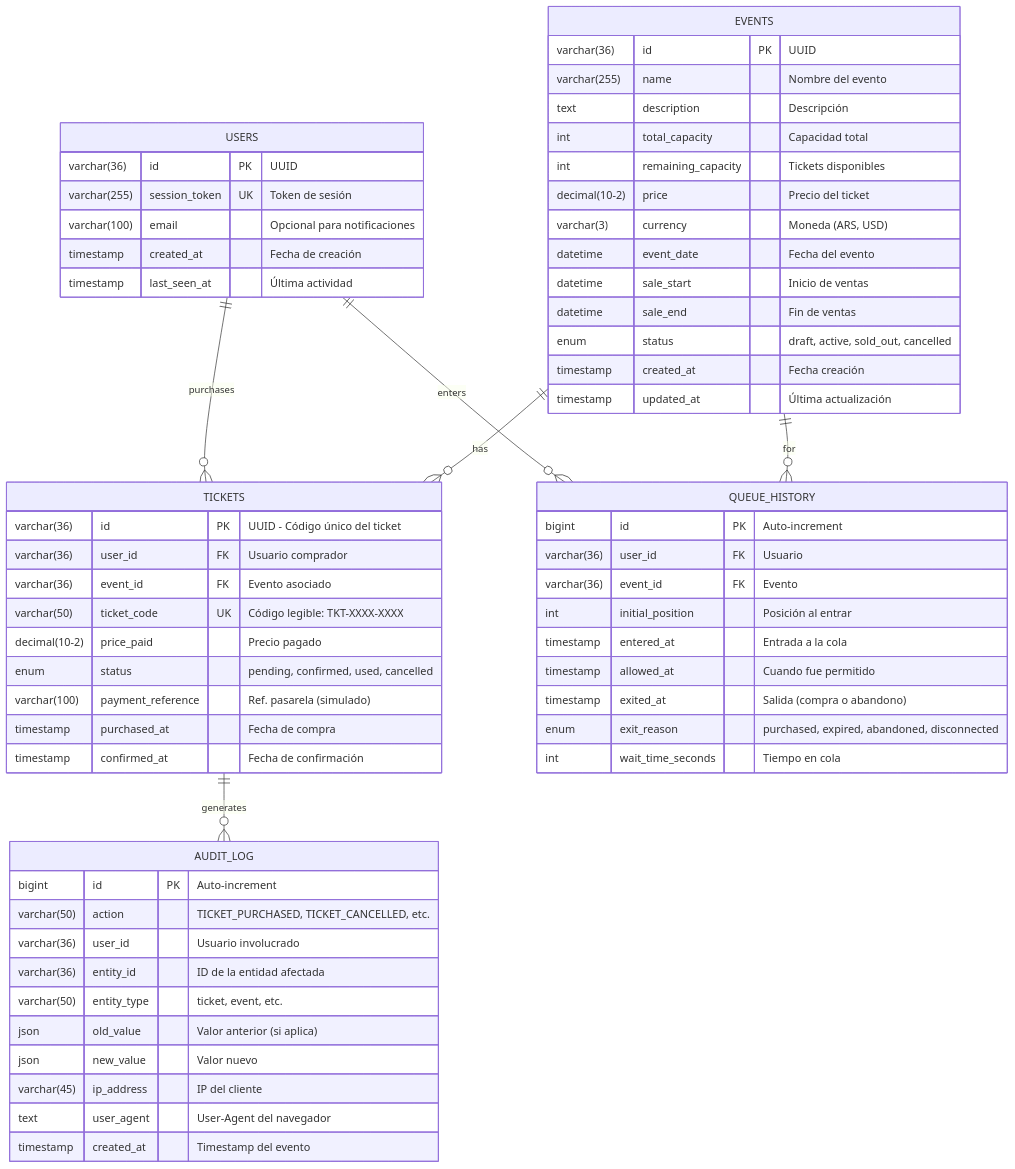
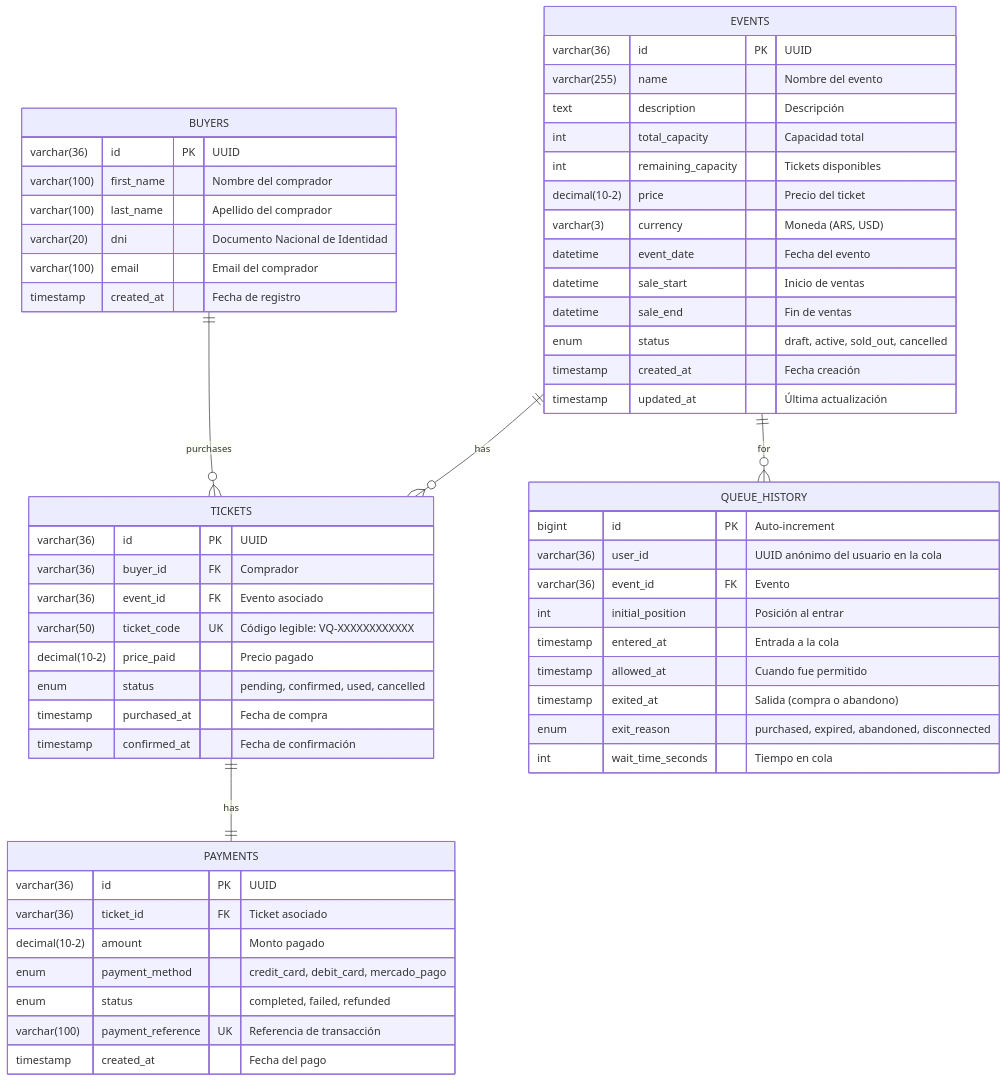
One commit to paumf23/TicketStream_Fila-Virtual changed the diagram in docs/diagrams/er-database.md. Above: the diagram before and after it, drawn with Mermaid. The commit also changed other lines of this file and 53 other files, not shown here.

````diff
--- a/docs/diagrams/er-database.md
+++ b/docs/diagrams/er-database.md
@@ -10,69 +10,66 @@
 ```mermaid
 erDiagram
-    USERS ||--o{ TICKETS : purchases
-    USERS ||--o{ QUEUE_HISTORY : enters
+    BUYERS ||--o{ TICKETS : purchases
     EVENTS ||--o{ TICKETS : has
     EVENTS ||--o{ QUEUE_HISTORY : for
-    TICKETS ||--o{ AUDIT_LOG : generates
-    
-    USERS {
+    TICKETS ||--|| PAYMENTS : has
+
+    BUYERS {
         varchar(36) id PK "UUID"
-        varchar(255) session_token UK "Token de sesión"
-        varchar(100) email "Opcional para notificaciones"
-        timestamp created_at "Fecha de creación"
-        timestamp last_seen_at "Última actividad"
+        varchar(100) first_name "Nombre del comprador"
+        varchar(100) last_name "Apellido del comprador"
+        varchar(20) dni "Documento Nacional de Identidad"
+        varchar(100) email "Email del comprador"
+        timestamp created_at "Fecha de registro"
     }
     
     EVENTS {
         varchar(36) id PK "UUID"
         varchar(255) name "Nombre del evento"
         text description "Descripción"
         int total_capacity "Capacidad total"
         int remaining_capacity "Tickets disponibles"
         decimal(10-2) price "Precio del ticket"
         varchar(3) currency "Moneda (ARS, USD)"
         datetime event_date "Fecha del evento"
         datetime sale_start "Inicio de ventas"
         datetime sale_end "Fin de ventas"
         enum status "draft, active, sold_out, cancelled"
         timestamp created_at "Fecha creación"
         timestamp updated_at "Última actualización"
     }
     
     TICKETS {
-        varchar(36) id PK "UUID - Código único del ticket"
-        varchar(36) user_id FK "Usuario comprador"
+        varchar(36) id PK "UUID"
+        varchar(36) buyer_id FK "Comprador"
         varchar(36) event_id FK "Evento asociado"
-        varchar(50) ticket_code UK "Código legible: TKT-XXXX-XXXX"
+        varchar(50) ticket_code UK "Código legible: VQ-XXXXXXXXXXXX"
         decimal(10-2) price_paid "Precio pagado"
         enum status "pending, confirmed, used, cancelled"
-        varchar(100) payment_reference "Ref. pasarela (simulado)"
         timestamp purchased_at "Fecha de compra"
         timestamp confirmed_at "Fecha de confirmación"
+    }
+
+    PAYMENTS {
+        varchar(36) id PK "UUID"
+        varchar(36) ticket_id FK "Ticket asociado"
+        decimal(10-2) amount "Monto pagado"
+        enum payment_method "credit_card, debit_card, mercado_pago"
+        enum status "completed, failed, refunded"
+        varchar(100) payment_reference UK "Referencia de transacción"
+        timestamp created_at "Fecha del pago"
     }
     
     QUEUE_HISTORY {
         bigint id PK "Auto-increment"
-        varchar(36) user_id FK "Usuario"
+        varchar(36) user_id "UUID anónimo del usuario en la cola"
         varchar(36) event_id FK "Evento"
         int initial_position "Posición al entrar"
         timestamp entered_at "Entrada a la cola"
         timestamp allowed_at "Cuando fue permitido"
         timestamp exited_at "Salida (compra o abandono)"
         enum exit_reason "purchased, expired, abandoned, disconnected"
         int wait_time_seconds "Tiempo en cola"
     }
     
-    AUDIT_LOG {
-        bigint id PK "Auto-increment"
-        varchar(50) action "TICKET_PURCHASED, TICKET_CANCELLED, etc."
-        varchar(36) user_id "Usuario involucrado"
-        varchar(36) entity_id "ID de la entidad afectada"
-        varchar(50) entity_type "ticket, event, etc."
-        json old_value "Valor anterior (si aplica)"
-        json new_value "Valor nuevo"
-        varchar(45) ip_address "IP del cliente"
-        text user_agent "User-Agent del navegador"
-        timestamp created_at "Timestamp del evento"
-    }
 ```
````
